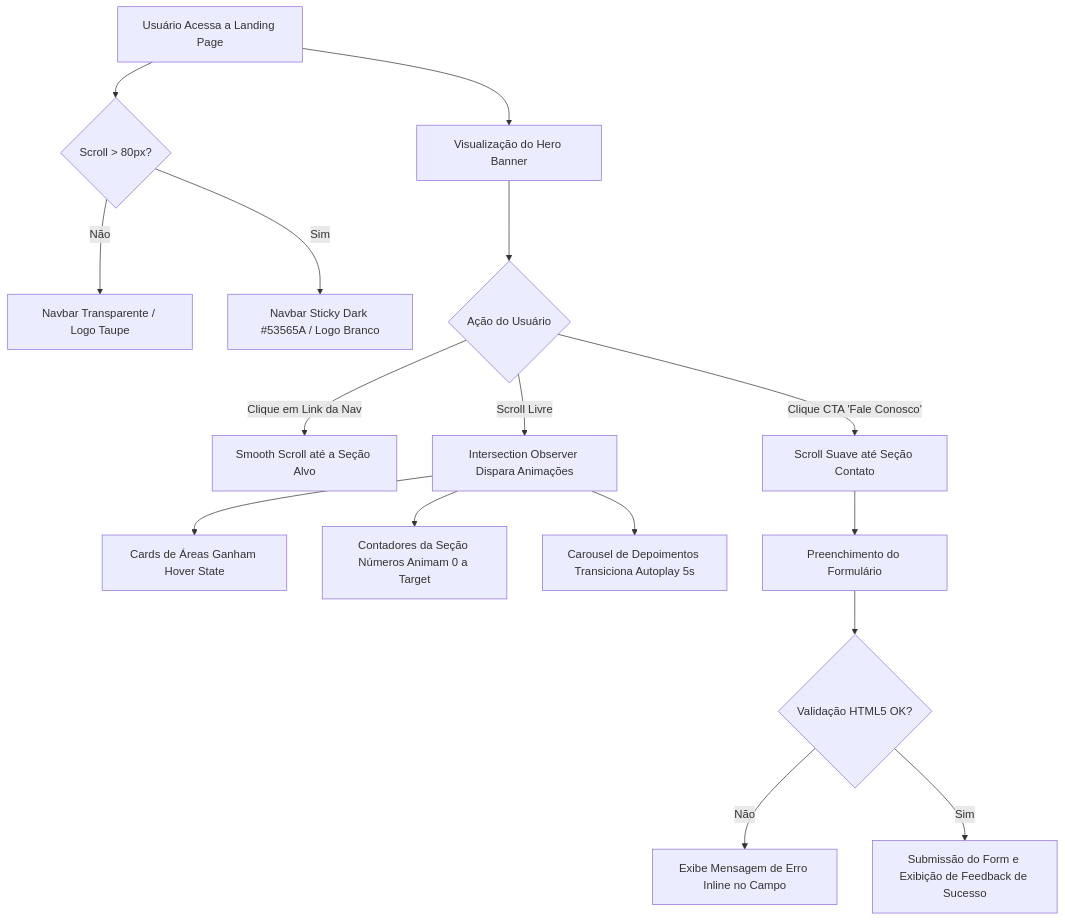
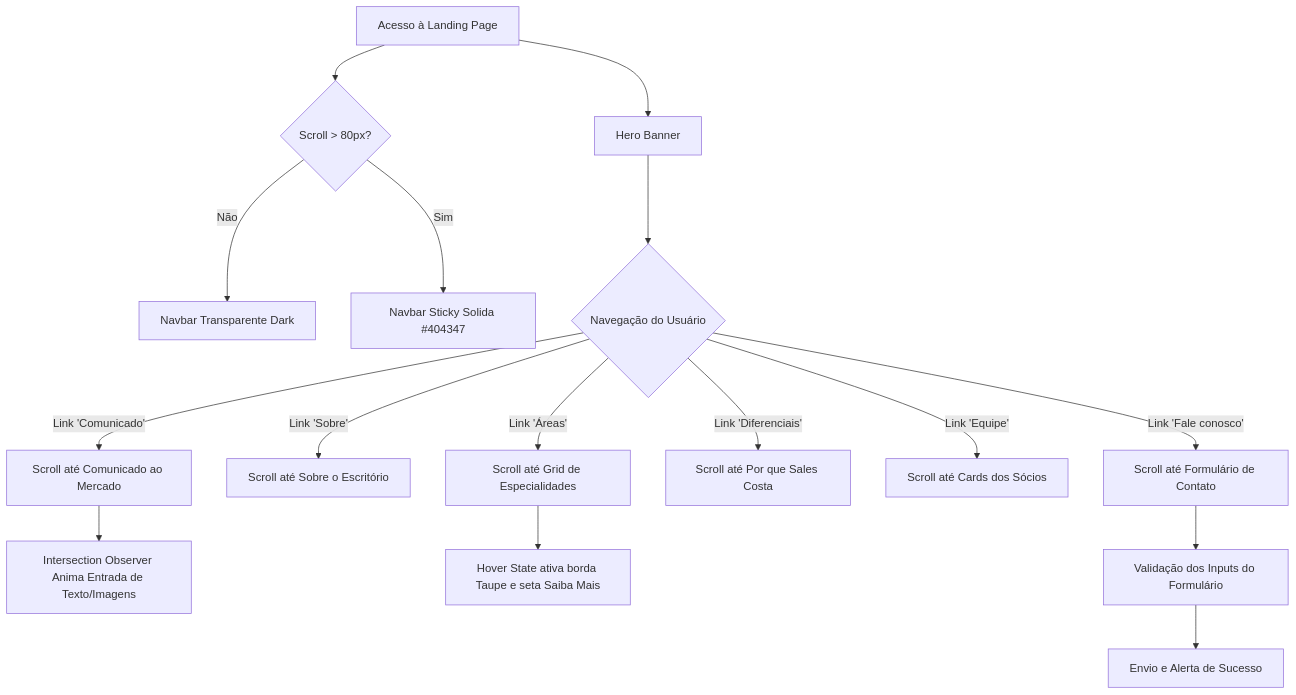
One commit to MaxxTak/landing-page changed the diagram in spike-salescosta/03-flows.md. Above: the diagram before and after it, drawn with Mermaid. The commit also changed other lines of this file and 32 other files, not shown here.

````diff
--- a/spike-salescosta/03-flows.md
+++ b/spike-salescosta/03-flows.md
@@ -13,22 +11,19 @@
 ```mermaid
 graph TD
-    A[Usuário Acessa a Landing Page] --> B{Scroll > 80px?}
-    B -- Não --> C[Navbar Transparente / Logo Taupe]
-    B -- Sim --> D[Navbar Sticky Dark #53565A / Logo Branco]
+    A[Acesso à Landing Page] --> B{Scroll > 80px?}
+    B -- Não --> C[Navbar Transparente Dark]
+    B -- Sim --> D[Navbar Sticky Solida #404347]
     
-    A --> E[Visualização do Hero Banner]
-    E --> F{Ação do Usuário}
+    A --> E[Hero Banner] --> F{Navegação do Usuário}
     
-    F -- Clique em Link da Nav --> G[Smooth Scroll até a Seção Alvo]
-    F -- Scroll Livre --> H[Intersection Observer Dispara Animações]
-    F -- Clique CTA 'Fale Conosco' --> I[Scroll Suave até Seção Contato]
+    F -- Link 'Comunicado' --> G[Scroll até Comunicado ao Mercado]
+    F -- Link 'Sobre' --> H[Scroll até Sobre o Escritório]
+    F -- Link 'Áreas' --> I[Scroll até Grid de Especialidades]
+    F -- Link 'Diferenciais' --> J[Scroll até Por que Sales Costa]
+    F -- Link 'Equipe' --> K[Scroll até Cards dos Sócios]
+    F -- Link 'Fale conosco' --> L[Scroll até Formulário de Contato]
     
-    H --> J[Cards de Áreas Ganham Hover State]
-    H --> K[Contadores da Seção Números Animam 0 a Target]
-    H --> L[Carousel de Depoimentos Transiciona Autoplay 5s]
-    
-    I --> M[Preenchimento do Formulário]
-    M --> N{Validação HTML5 OK?}
-    N -- Não --> O[Exibe Mensagem de Erro Inline no Campo]
-    N -- Sim --> P[Submissão do Form e Exibição de Feedback de Sucesso]
+    G --> M[Intersection Observer Anima Entrada de Texto/Imagens]
+    I --> N[Hover State ativa borda Taupe e seta Saiba Mais]
+    L --> O[Validação dos Inputs do Formulário] --> P[Envio e Alerta de Sucesso]
 ```
````
